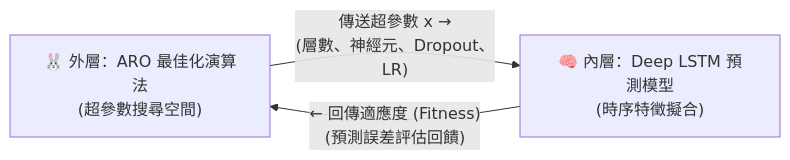
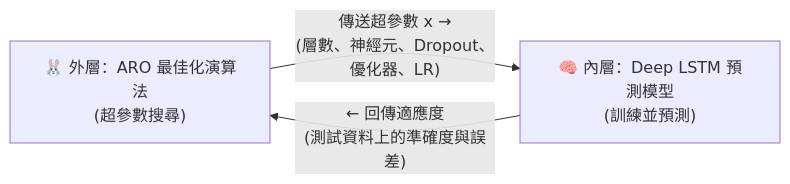
One commit to F115118101/stock-price-prediction-via-LSTM-ARO changed the diagram in 簡報公式與內容詳解.md. Above: the diagram before and after it, drawn with Mermaid. The commit also changed other lines of this file and 1 other file, not shown here.

````diff
--- a/簡報公式與內容詳解.md
+++ b/簡報公式與內容詳解.md
@@ -46,8 +45,8 @@
 ```mermaid
 flowchart LR
-    ARO["🐰 外層：ARO 最佳化演算法<br/>(超參數搜尋空間)"]
-    LSTM["🧠 內層：Deep LSTM 預測模型<br/>(時序特徵擬合)"]
-    
-    ARO -- "傳送超參數 x →<br/>(層數、神經元、Dropout、LR)" --> LSTM
-    LSTM -- "← 回傳適應度 (Fitness)<br/>(預測誤差評估回饋)" --> ARO
+    ARO["🐰 外層：ARO 最佳化演算法<br/>(超參數搜尋)"]
+    LSTM["🧠 內層：Deep LSTM 預測模型<br/>(訓練並預測)"]
+
+    ARO -- "傳送超參數 x →<br/>(層數、神經元、Dropout、優化器、LR)" --> LSTM
+    LSTM -- "← 回傳適應度<br/>(測試資料上的準確度與誤差)" --> ARO
 ```
````
